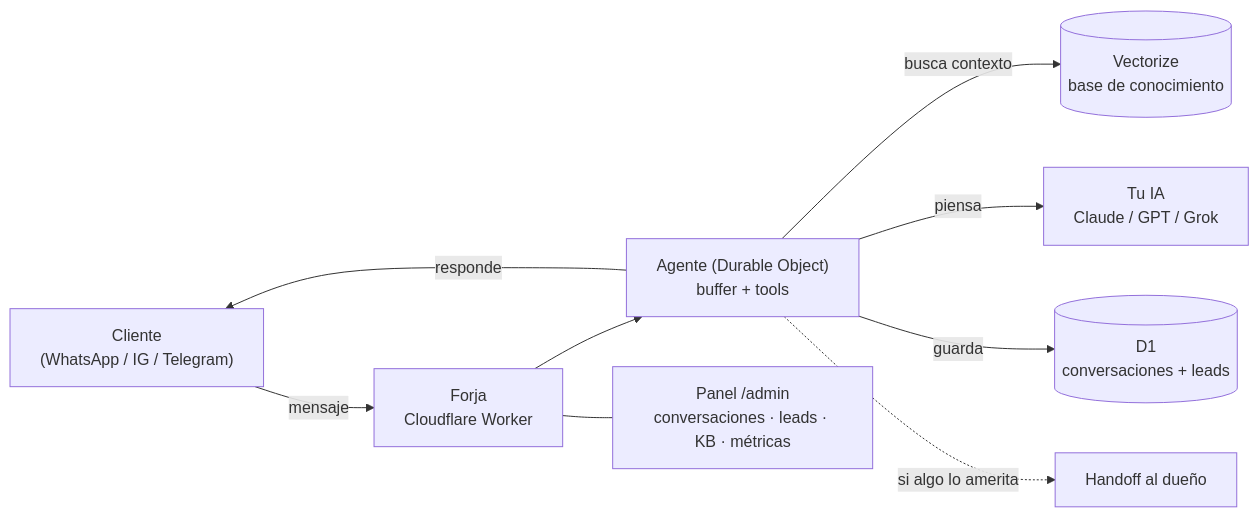
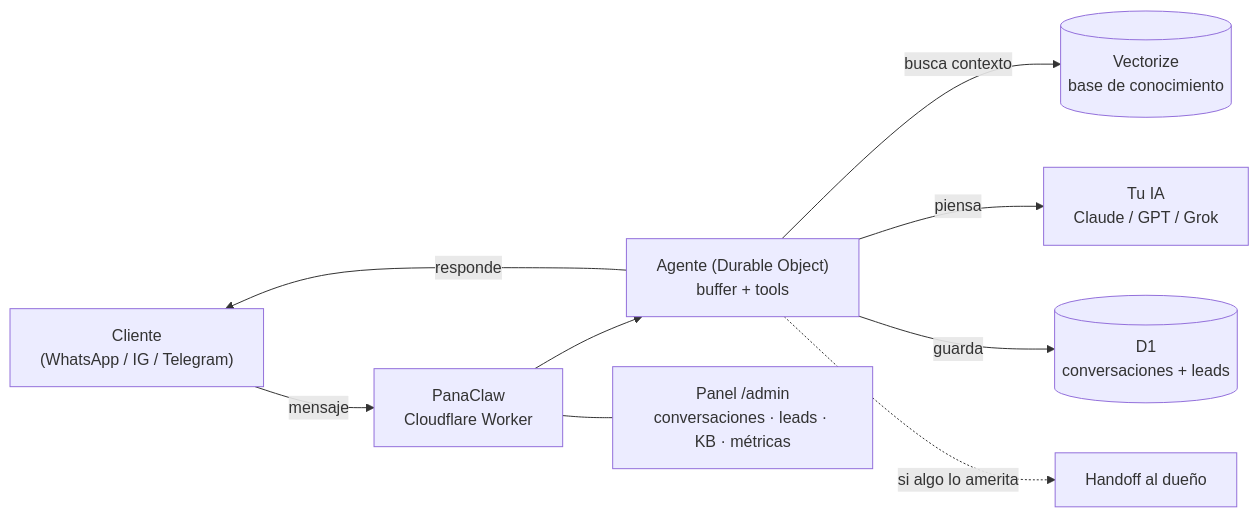
One commit to abrinay1997-stack/CRM-PANACLAW changed the diagram in README.md. Above: the diagram before and after it, drawn with Mermaid. The commit also changed other lines of this file and 34 other files, not shown here.

````diff
--- a/README.md
+++ b/README.md
@@ -88,11 +87,11 @@
 ```mermaid
 flowchart LR
-    C["Cliente<br/>(WhatsApp / IG / Telegram)"] -->|mensaje| W["Forja<br/>Cloudflare Worker"]
+    C["Cliente<br/>(WhatsApp / IG / Telegram)"] -->|mensaje| W["PanaClaw<br/>Cloudflare Worker"]
     W --> A["Agente (Durable Object)<br/>buffer + tools"]
     A -->|busca contexto| V[("Vectorize<br/>base de conocimiento")]
     A -->|piensa| LLM["Tu IA<br/>Claude / GPT / Grok"]
     A -->|guarda| D[("D1<br/>conversaciones + leads")]
     A -->|responde| C
     A -.->|si algo lo amerita| O["Handoff al dueño"]
     W --- P["Panel /admin<br/>conversaciones · leads · KB · métricas"]
 ```
````
